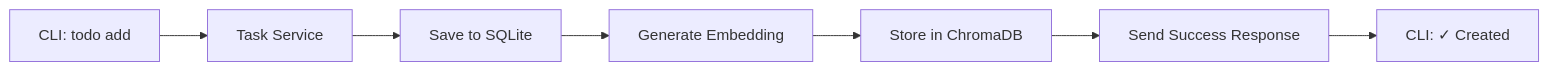
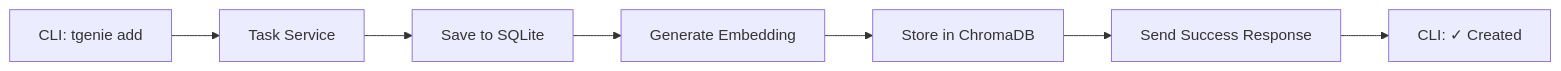
One commit to raychrisgdp/taskgenie changed the first of 3 diagrams in docs/01-design/DESIGN_SUMMARY.md. Above: the diagram before and after it, drawn with Mermaid. The commit also changed other lines of this file and 52 other files, not shown here.

````diff
--- a/docs/01-design/DESIGN_SUMMARY.md
+++ b/docs/01-design/DESIGN_SUMMARY.md
@@ -148,9 +148,9 @@
 ```mermaid
 graph LR
-    A[CLI: todo add] --> B[Task Service]
+    A[CLI: tgenie add] --> B[Task Service]
     B --> C[Save to SQLite]
     C --> D[Generate Embedding]
     D --> E[Store in ChromaDB]
     E --> F[Send Success Response]
     F --> G[CLI: ✓ Created]
 ```
````
